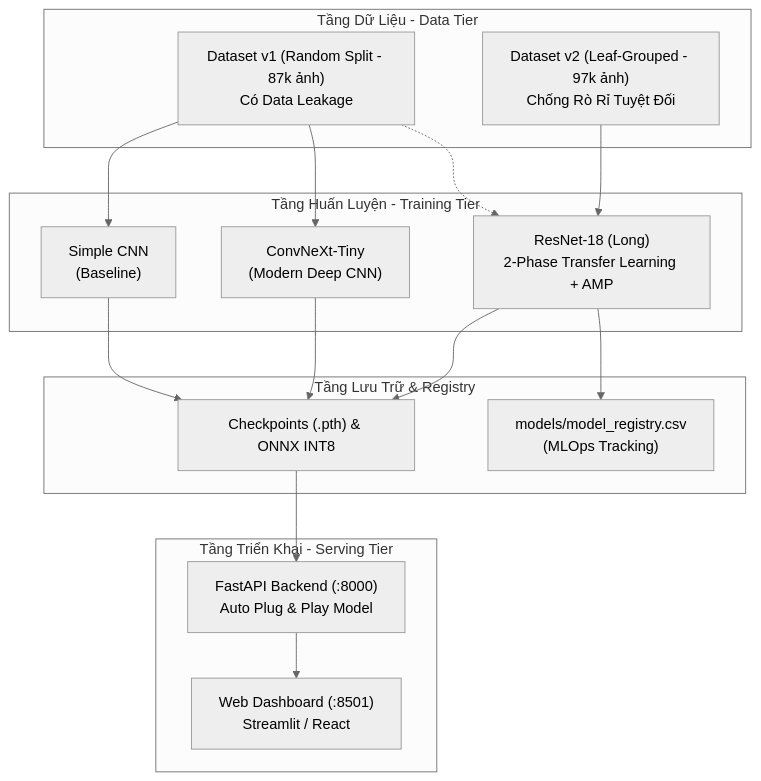
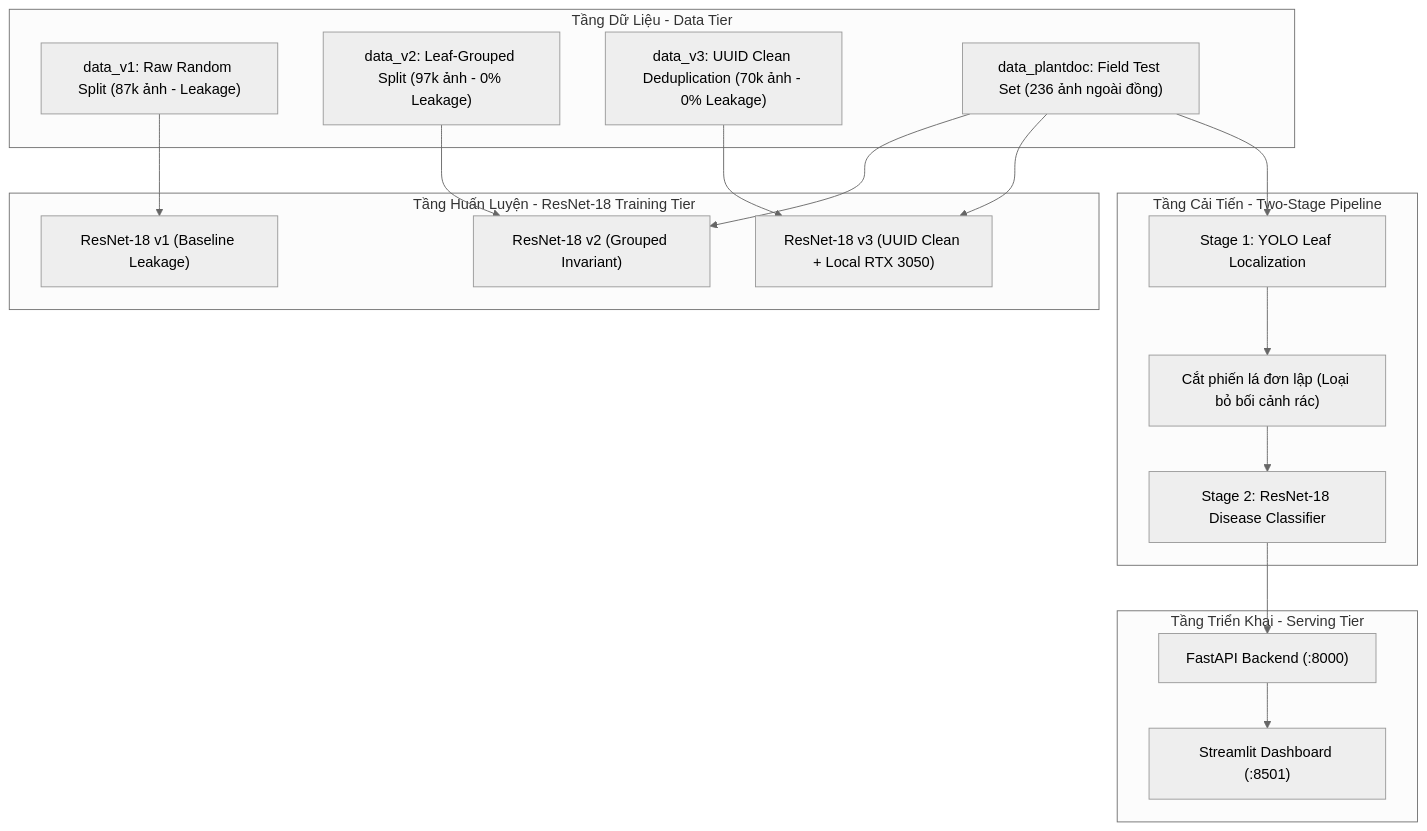
Before and after one commit to Longcodepro/plant-disease-ml: the diagram in models/BENCHMARKS.md, drawn with Mermaid (neutral theme). The commit also changed other lines of this file and 7 other files, not shown here.

Commit message:
feat(notebooks): standardize notebook suite 07-09 and isolate ResNet-18 ablation benchmarks

````diff
--- a/models/BENCHMARKS.md
+++ b/models/BENCHMARKS.md
@@ -33,36 +33,35 @@
 ```mermaid
 flowchart TD
     subgraph D[Tầng Dữ Liệu - Data Tier]
-        V1["Dataset v1 (Random Split - 87k ảnh)<br>Có Data Leakage"]
-        V2["Dataset v2 (Leaf-Grouped - 97k ảnh)<br>Chống Rò Rỉ Tuyệt Đối"]
+        V1["data_v1: Raw Random Split (87k ảnh - Leakage)"]
+        V2["data_v2: Leaf-Grouped Split (97k ảnh - 0% Leakage)"]
+        V3["data_v3: UUID Clean Deduplication (70k ảnh - 0% Leakage)"]
+        PD["data_plantdoc: Field Test Set (236 ảnh ngoài đồng)"]
     end
 
-    subgraph M[Tầng Huấn Luyện - Training Tier]
-        T1["Simple CNN<br>(Baseline)"]
-        T2["ConvNeXt-Tiny<br>(Modern Deep CNN)"]
-        T3["ResNet-18 (Long)<br>2-Phase Transfer Learning + AMP"]
+    subgraph M[Tầng Huấn Luyện - ResNet-18 Training Tier]
+        T1["ResNet-18 v1 (Baseline Leakage)"]
+        T2["ResNet-18 v2 (Grouped Invariant)"]
+        T3["ResNet-18 v3 (UUID Clean + Local RTX 3050)"]
     end
 
-    subgraph R[Tầng Lưu Trữ & Registry]
-        REG["models/model_registry.csv<br>(MLOps Tracking)"]
-        CKPT["Checkpoints (.pth) & ONNX INT8"]
+    subgraph P[Tầng Cải Tiến - Two-Stage Pipeline]
+        YOLO["Stage 1: YOLO Leaf Localization"]
+        CROP["Cắt phiến lá đơn lập (Loại bỏ bối cảnh rác)"]
+        RESNET["Stage 2: ResNet-18 Disease Classifier"]
     end
 
     subgraph S[Tầng Triển Khai - Serving Tier]
-        API["FastAPI Backend (:8000)<br>Auto Plug & Play Model"]
-        UI["Web Dashboard (:8501)<br>Streamlit / React"]
+        API["FastAPI Backend (:8000)"]
+        UI["Streamlit Dashboard (:8501)"]
     end
 
     V1 --> T1
-    V1 --> T2
-    V2 --> T3
-    V1 -.-> T3
+    V2 --> T2
+    V3 --> T3
+    PD --> T2
+    PD --> T3
 
-    T1 --> CKPT
-    T2 --> CKPT
-    T3 --> CKPT
-    T3 --> REG
-
-    CKPT --> API
-    API --> UI
+    PD --> YOLO --> CROP --> RESNET
+    RESNET --> API --> UI
 ```
````
